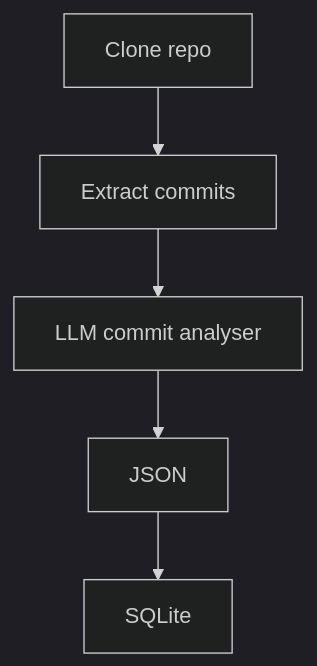
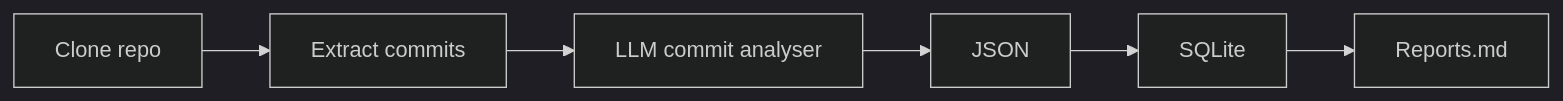
One commit to betagouv/commits changed the diagram in README.md. Above: the diagram before and after it, drawn with Mermaid (dark theme). The commit also changed other lines of this file and 26 other files, not shown here.

````diff
--- a/README.md
+++ b/README.md
@@ -7,8 +13,9 @@
 ```mermaid
-graph TD
+graph LR
 
 Clone[Clone repo]-->Commits[Extract commits]
 Commits-->Analyse[LLM commit analyser]
 Analyse-->JSON
 JSON-->SQLite
+SQLite-->Reports.md
 ```
````
